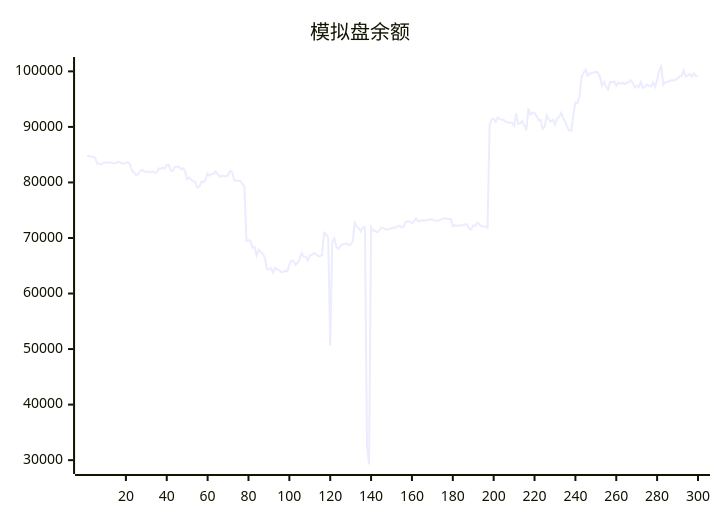
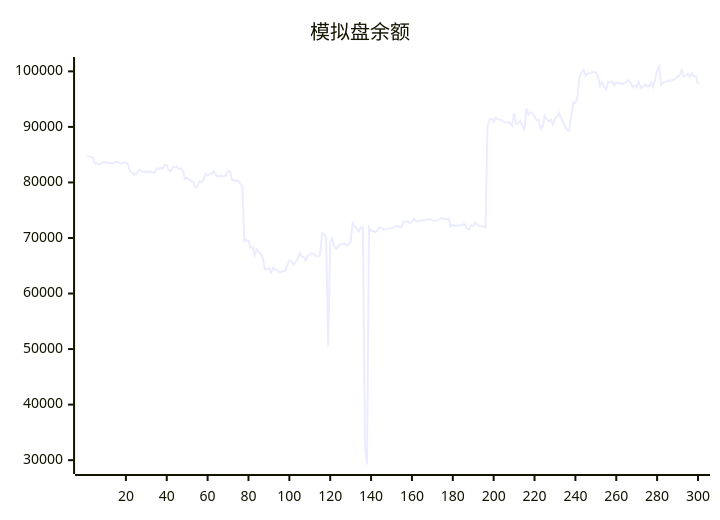
Before and after one commit to aahl/ai-trading: the diagram in README.md, drawn with Mermaid. The commit also changed other lines of this file and 1 other file, not shown here.

````diff
--- a/README.md
+++ b/README.md
@@ -5,5 +5,5 @@
 ```mermaid
 xychart
     title "模拟盘余额"
-    line [84772,84768,84690,84635,84376,83360,83357,83259,83474,83608,83606,83602,83548,83440,83454,83724,83644,83464,83365,83590,83592,83275,82072,81806,81344,81492,82109,82254,82006,81848,81955,81829,82022,81769,81776,82522,82441,82656,82498,83144,83144,82150,82038,82797,82763,82872,82367,82536,81981,80612,80862,80484,80242,80034,79063,79245,80226,80016,80507,81625,81233,81544,81578,82016,81401,81019,81186,81130,81118,81306,82066,81909,80392,80304,80291,80258,79729,79261,69466,69579,69456,68251,68415,66832,67911,67462,67144,66432,64380,64375,64606,63740,64647,64324,64216,63842,63877,64078,64008,65156,65945,65888,65157,65625,66144,67284,66653,66639,65924,66925,66956,67263,67108,66766,66729,66886,70927,70673,70049,50652,69334,69973,68400,68061,68578,68876,68879,69055,68662,68822,69329,72687,71999,71760,71162,71911,71896,32500,29218,71927,71297,71305,71044,71337,71883,71822,71536,71536,71622,71723,71880,71860,72100,72216,71887,72077,72940,72976,72966,72638,72948,73497,73004,73041,73173,73160,73186,73258,73375,73351,73173,73098,73161,73305,73474,73536,73457,73413,73412,72100,72333,72164,72272,72204,72285,72461,72421,71652,71521,72267,72157,72774,72424,72144,72060,72091,71858,90185,91338,91466,90900,91678,91404,91268,91244,90903,90779,90787,90721,90187,92429,90518,90619,91070,90328,89376,93286,92202,92581,92485,91947,91196,91259,89619,90086,92063,91355,90950,91327,90373,91498,91800,92531,91603,90910,90031,89351,89334,92097,94406,94315,95455,98972,99763,100286,99229,99622,99701,99805,99938,99738,99082,97430,98094,97267,96741,98081,98013,98194,97447,97983,97789,97969,97729,97911,98043,98405,97912,97120,97448,97154,98095,97021,97190,97616,97402,97263,98035,97210,98424,100120,100876,97552,98049,98085,98228,98388,98342,98488,98750,99086,99181,100188,99107,99272,99553,99072,99636,99061,99186]
+    line [84768,84690,84635,84376,83360,83357,83259,83474,83608,83606,83602,83548,83440,83454,83724,83644,83464,83365,83590,83592,83275,82072,81806,81344,81492,82109,82254,82006,81848,81955,81829,82022,81769,81776,82522,82441,82656,82498,83144,83144,82150,82038,82797,82763,82872,82367,82536,81981,80612,80862,80484,80242,80034,79063,79245,80226,80016,80507,81625,81233,81544,81578,82016,81401,81019,81186,81130,81118,81306,82066,81909,80392,80304,80291,80258,79729,79261,69466,69579,69456,68251,68415,66832,67911,67462,67144,66432,64380,64375,64606,63740,64647,64324,64216,63842,63877,64078,64008,65156,65945,65888,65157,65625,66144,67284,66653,66639,65924,66925,66956,67263,67108,66766,66729,66886,70927,70673,70049,50652,69334,69973,68400,68061,68578,68876,68879,69055,68662,68822,69329,72687,71999,71760,71162,71911,71896,32500,29218,71927,71297,71305,71044,71337,71883,71822,71536,71536,71622,71723,71880,71860,72100,72216,71887,72077,72940,72976,72966,72638,72948,73497,73004,73041,73173,73160,73186,73258,73375,73351,73173,73098,73161,73305,73474,73536,73457,73413,73412,72100,72333,72164,72272,72204,72285,72461,72421,71652,71521,72267,72157,72774,72424,72144,72060,72091,71858,90185,91338,91466,90900,91678,91404,91268,91244,90903,90779,90787,90721,90187,92429,90518,90619,91070,90328,89376,93286,92202,92581,92485,91947,91196,91259,89619,90086,92063,91355,90950,91327,90373,91498,91800,92531,91603,90910,90031,89351,89334,92097,94406,94315,95455,98972,99763,100286,99229,99622,99701,99805,99938,99738,99082,97430,98094,97267,96741,98081,98013,98194,97447,97983,97789,97969,97729,97911,98043,98405,97912,97120,97448,97154,98095,97021,97190,97616,97402,97263,98035,97210,98424,100120,100876,97552,98049,98085,98228,98388,98342,98488,98750,99086,99181,100188,99107,99272,99553,99072,99636,99061,99186,97674]
 ```
````
